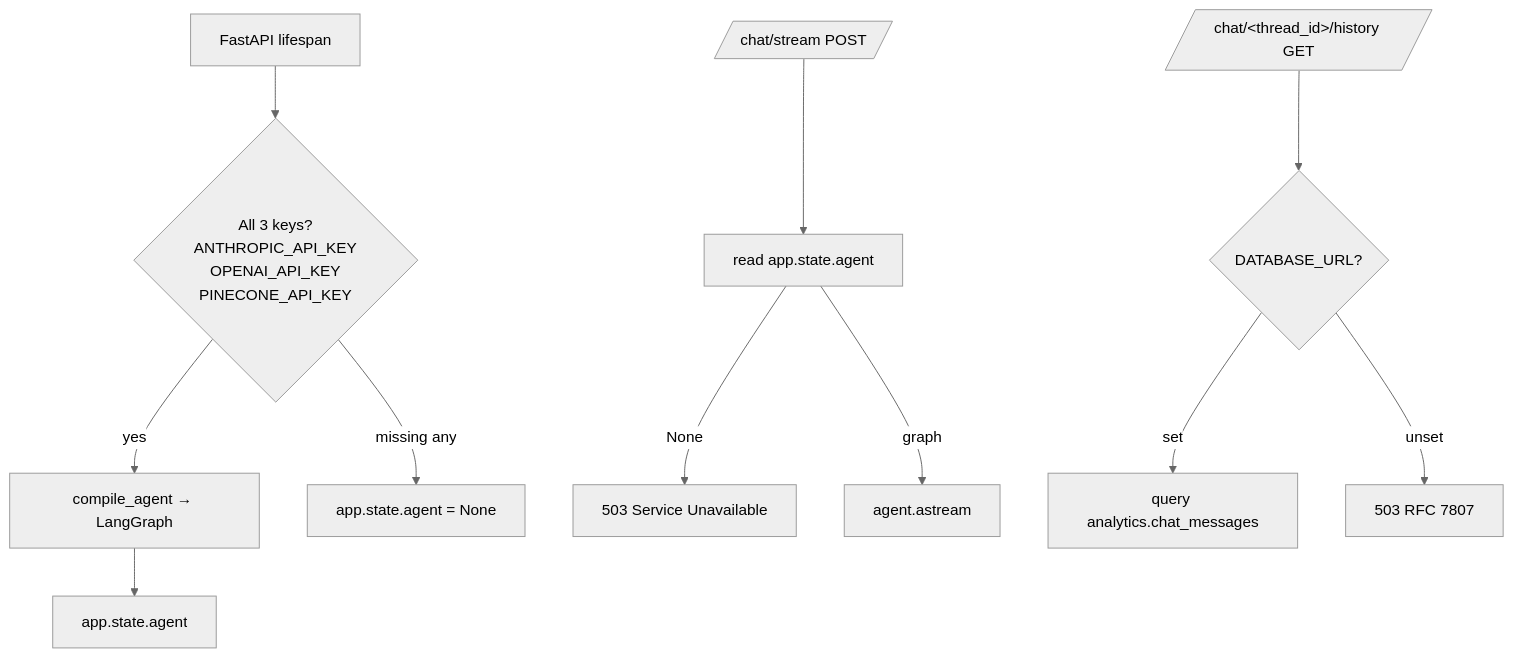
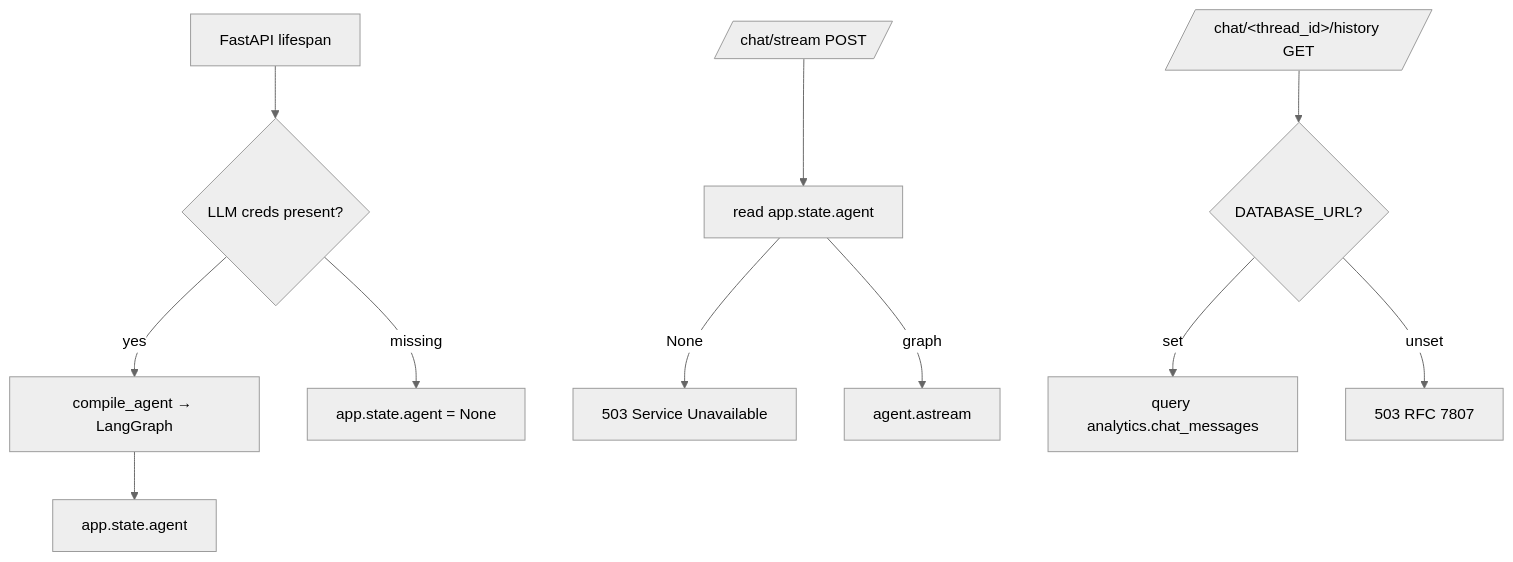
One commit to hcslomeu/tfl-monitor changed the second of 2 diagrams in docs/pipelines/agent.md. Above: the diagram before and after it, drawn with Mermaid (neutral theme). The commit also changed other lines of this file and 15 other files, not shown here.

First line of the commit message:
docs: sync mkdocs site with live-proxy architecture (TM-35) (#131)

````diff
--- a/docs/pipelines/agent.md
+++ b/docs/pipelines/agent.md
@@ -98,15 +84,15 @@
 ```mermaid
 flowchart TB
-    boot[FastAPI lifespan] --> check{All 3 keys?<br/>ANTHROPIC_API_KEY<br/>OPENAI_API_KEY<br/>PINECONE_API_KEY}
+    boot[FastAPI lifespan] --> check{LLM creds present?}
     check -->|yes| compile[compile_agent → LangGraph]
     compile --> cache[app.state.agent]
-    check -->|missing any| none[app.state.agent = None]
+    check -->|missing| none[app.state.agent = None]
 
     req[/chat/stream POST/] --> read[read app.state.agent]
     read -->|None| err503[503 Service Unavailable]
     read -->|graph| stream[agent.astream]
 
     histreq[/chat/&lt;thread_id&gt;/history GET/] --> dburl{DATABASE_URL?}
     dburl -->|set| q[query analytics.chat_messages]
     dburl -->|unset| err503h[503 RFC 7807]
 ```
````
